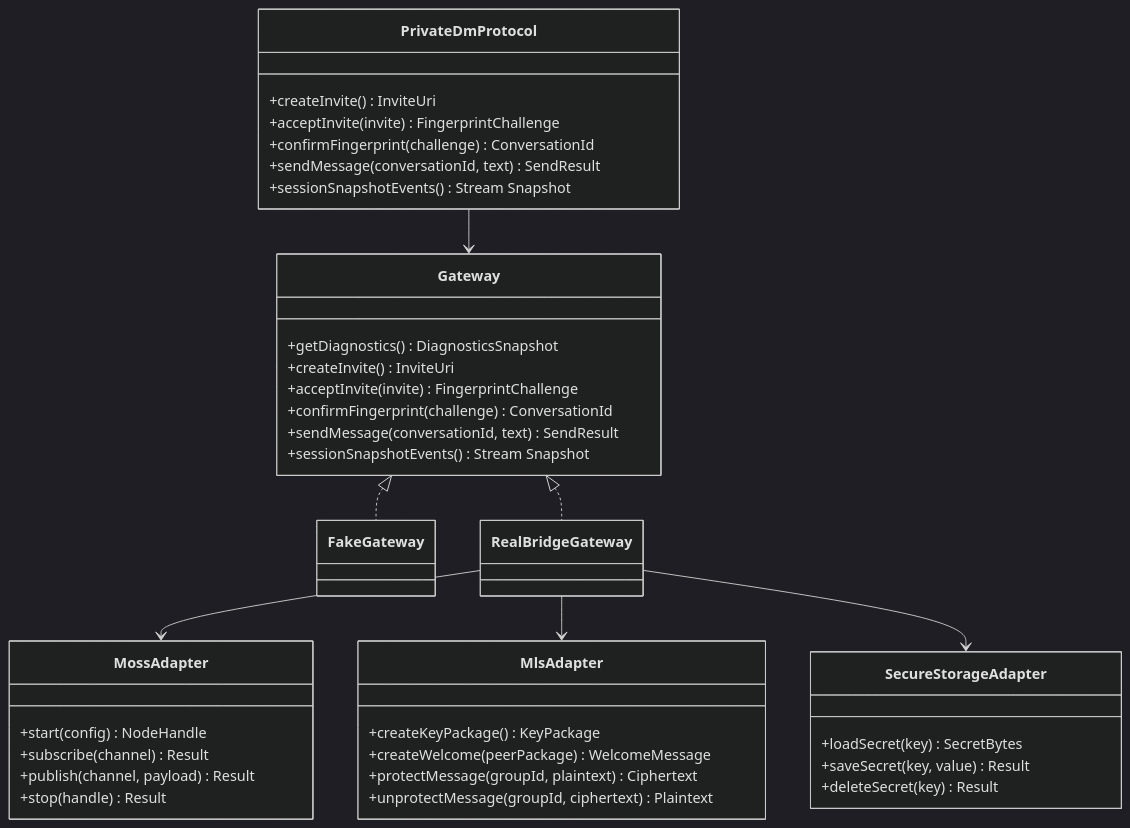
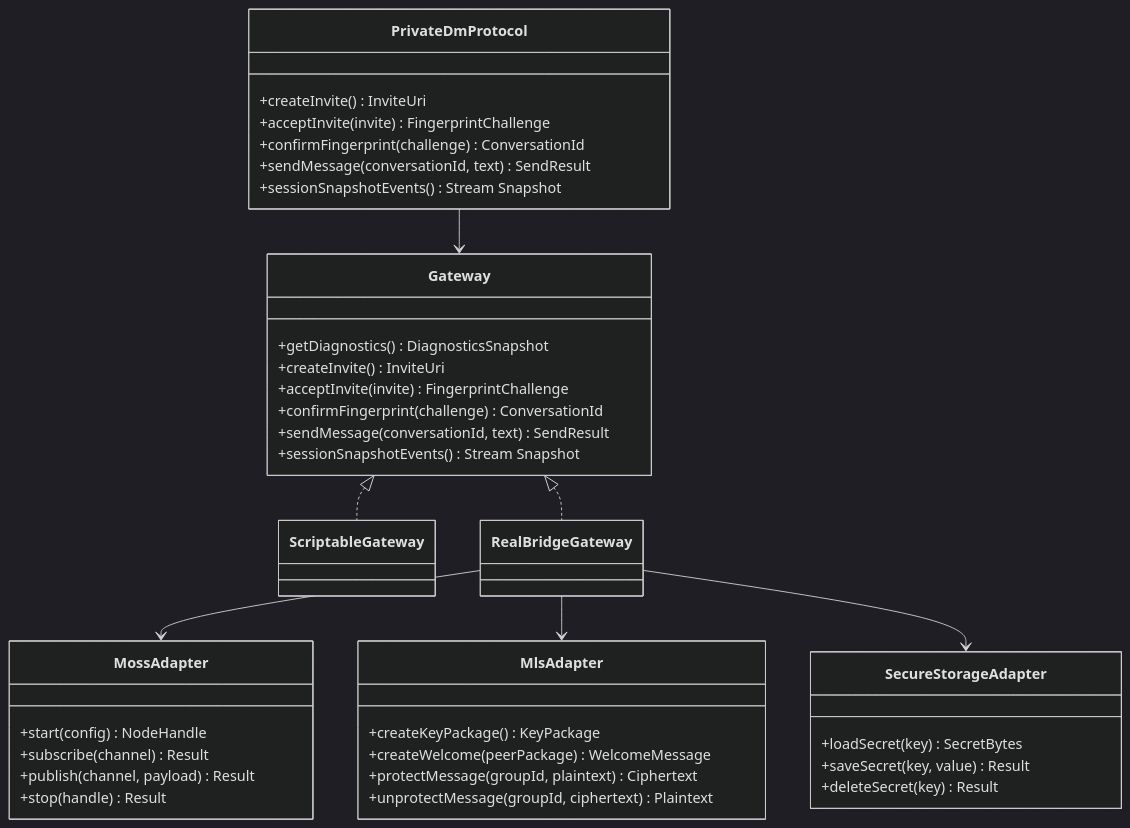
Before and after one commit to redstone-md/mosh-flutter: the fifth of 5 diagrams in docs/Architecture.md, drawn with Mermaid (dark theme). The commit also changed other lines of this file and 63 other files, not shown here.

First line of the commit message:
test(gateway): one scriptable gateway for the whole suite

````diff
--- a/docs/Architecture.md
+++ b/docs/Architecture.md
@@ -147,52 +147,52 @@
 ```mermaid
 classDiagram
     class PrivateDmProtocol {
       +createInvite() InviteUri
       +acceptInvite(invite) FingerprintChallenge
       +confirmFingerprint(challenge) ConversationId
       +sendMessage(conversationId, text) SendResult
       +sessionSnapshotEvents() Stream Snapshot
     }
 
     class Gateway {
       +getDiagnostics() DiagnosticsSnapshot
       +createInvite() InviteUri
       +acceptInvite(invite) FingerprintChallenge
       +confirmFingerprint(challenge) ConversationId
       +sendMessage(conversationId, text) SendResult
       +sessionSnapshotEvents() Stream Snapshot
     }
 
-    class FakeGateway {
+    class ScriptableGateway {
     }
 
     class RealBridgeGateway {
     }
 
     class MossAdapter {
       +start(config) NodeHandle
       +subscribe(channel) Result
       +publish(channel, payload) Result
       +stop(handle) Result
     }
 
     class MlsAdapter {
       +createKeyPackage() KeyPackage
       +createWelcome(peerPackage) WelcomeMessage
       +protectMessage(groupId, plaintext) Ciphertext
       +unprotectMessage(groupId, ciphertext) Plaintext
     }
 
     class SecureStorageAdapter {
       +loadSecret(key) SecretBytes
       +saveSecret(key, value) Result
       +deleteSecret(key) Result
     }
 
     PrivateDmProtocol --> Gateway
-    Gateway <|.. FakeGateway
+    Gateway <|.. ScriptableGateway
     Gateway <|.. RealBridgeGateway
     RealBridgeGateway --> MossAdapter
     RealBridgeGateway --> MlsAdapter
     RealBridgeGateway --> SecureStorageAdapter
 ```
````
